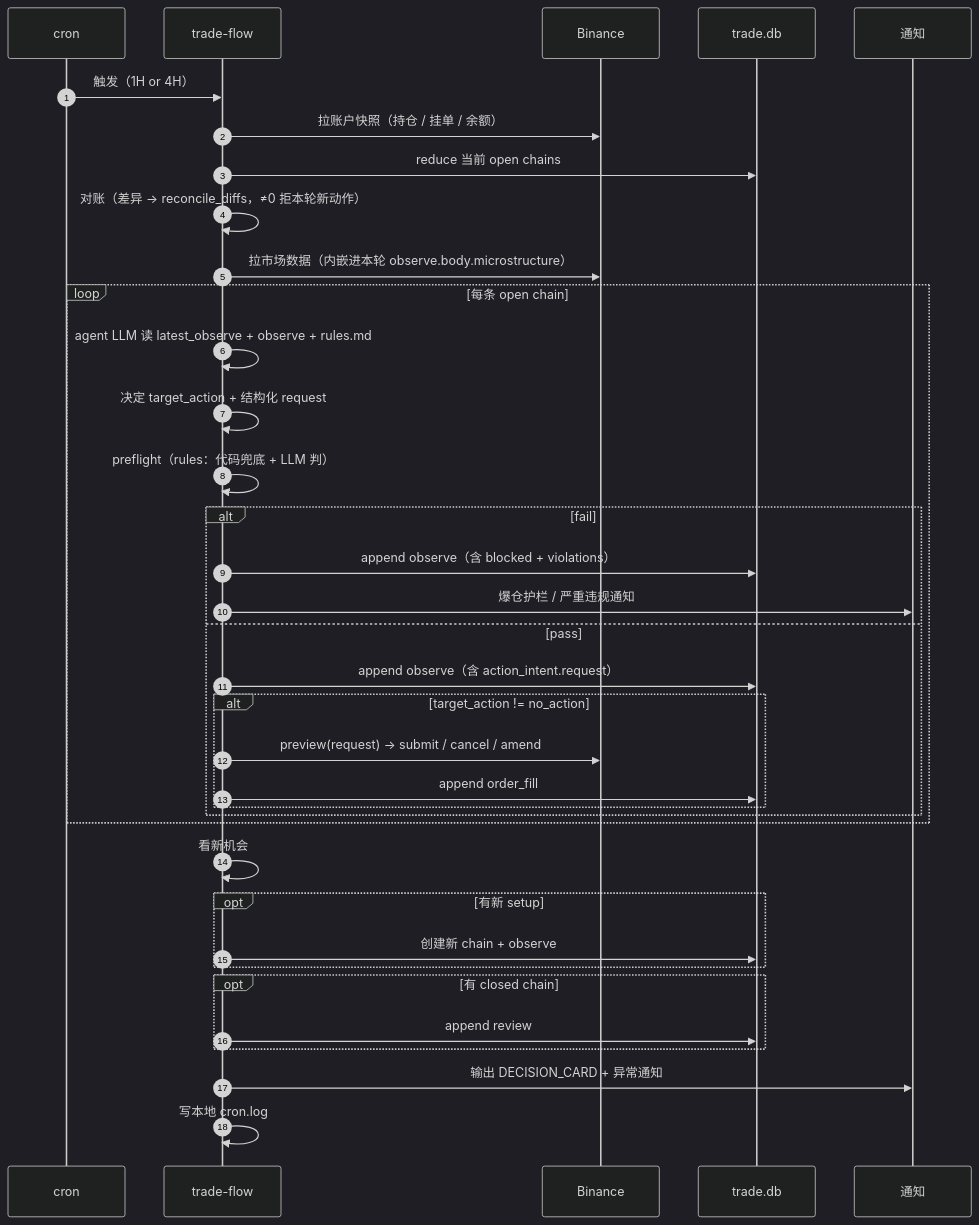
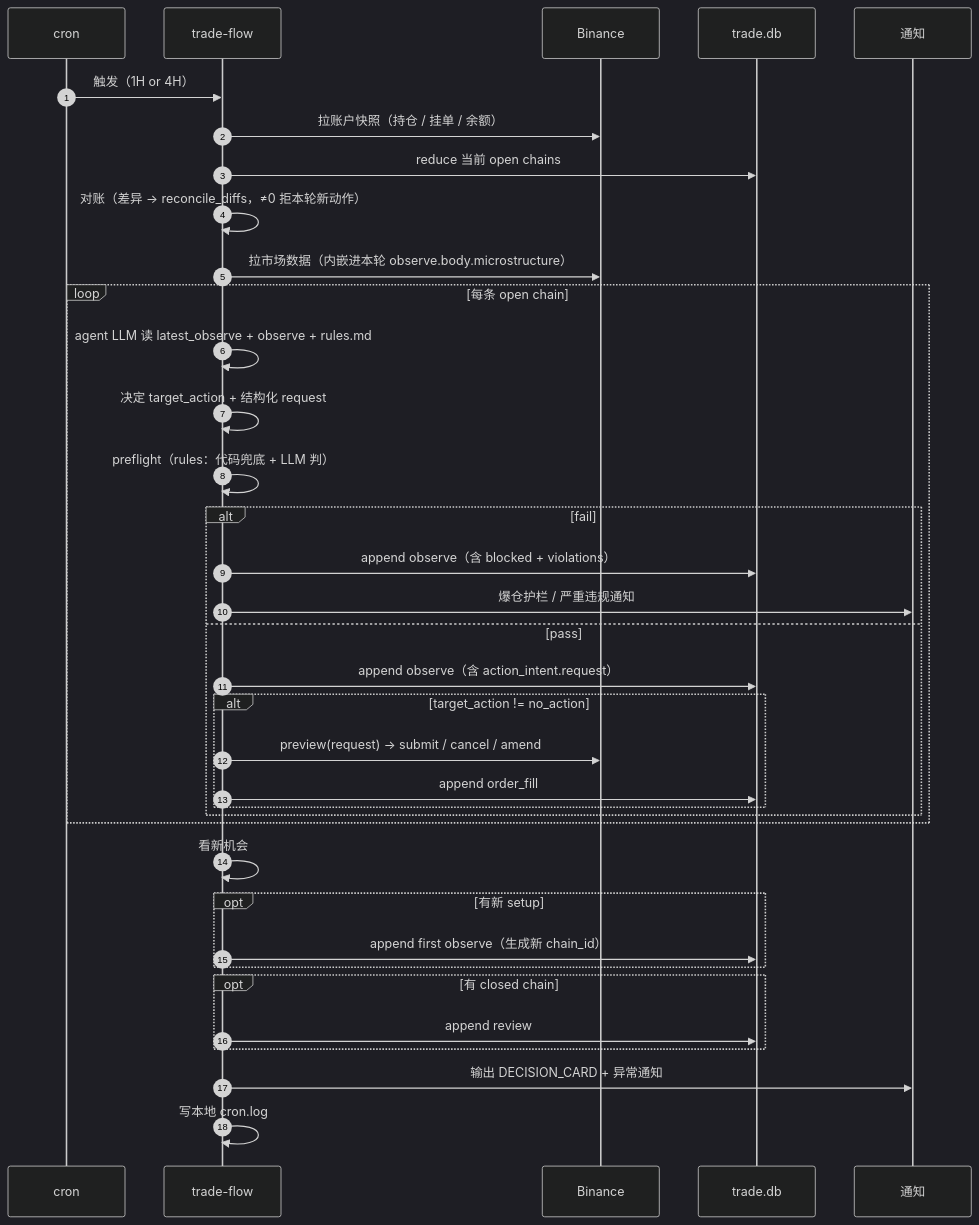
The diagram in docs/design-architecture.md (qOeOp/trade), drawn with Mermaid (dark theme) before and after one commit. The commit also changed other lines of this file and 2 other files, not shown here.

Commit message:
Refactor trade-flow chain modeling around event streams

````diff
--- a/docs/design-architecture.md
+++ b/docs/design-architecture.md
@@ -225,43 +228,43 @@
 ```mermaid
 sequenceDiagram
     autonumber
     participant C as cron
     participant TF as trade-flow
     participant BN as Binance
     participant DB as trade.db
     participant N as 通知
 
     C->>TF: 触发（1H or 4H）
     TF->>BN: 拉账户快照（持仓 / 挂单 / 余额）
     TF->>DB: reduce 当前 open chains
     TF->>TF: 对账（差异 → reconcile_diffs，≠0 拒本轮新动作）
     TF->>BN: 拉市场数据（内嵌进本轮 observe.body.microstructure）
 
     loop 每条 open chain
         TF->>TF: agent LLM 读 latest_observe + observe + rules.md
         TF->>TF: 决定 target_action + 结构化 request
         TF->>TF: preflight（rules：代码兜底 + LLM 判）
         alt fail
             TF->>DB: append observe（含 blocked + violations）
             TF->>N: 爆仓护栏 / 严重违规通知
         else pass
             TF->>DB: append observe（含 action_intent.request）
             alt target_action != no_action
                 TF->>BN: preview(request) → submit / cancel / amend
                 TF->>DB: append order_fill
             end
         end
     end
 
     TF->>TF: 看新机会
     opt 有新 setup
-        TF->>DB: 创建新 chain + observe
+        TF->>DB: append first observe（生成新 chain_id）
     end
 
     opt 有 closed chain
         TF->>DB: append review
     end
 
     TF->>N: 输出 DECISION_CARD + 异常通知
     TF->>TF: 写本地 cron.log
 ```
````
